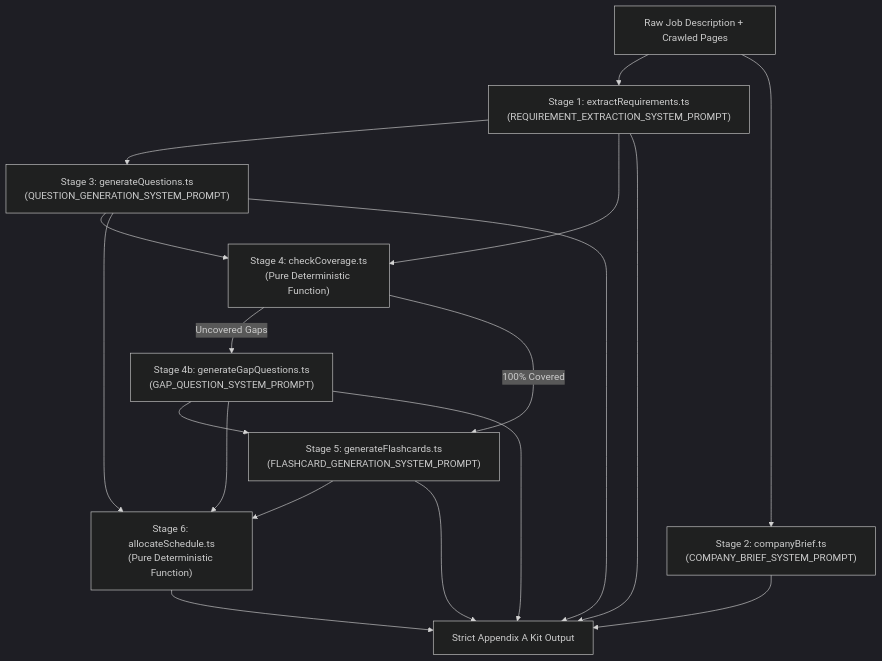
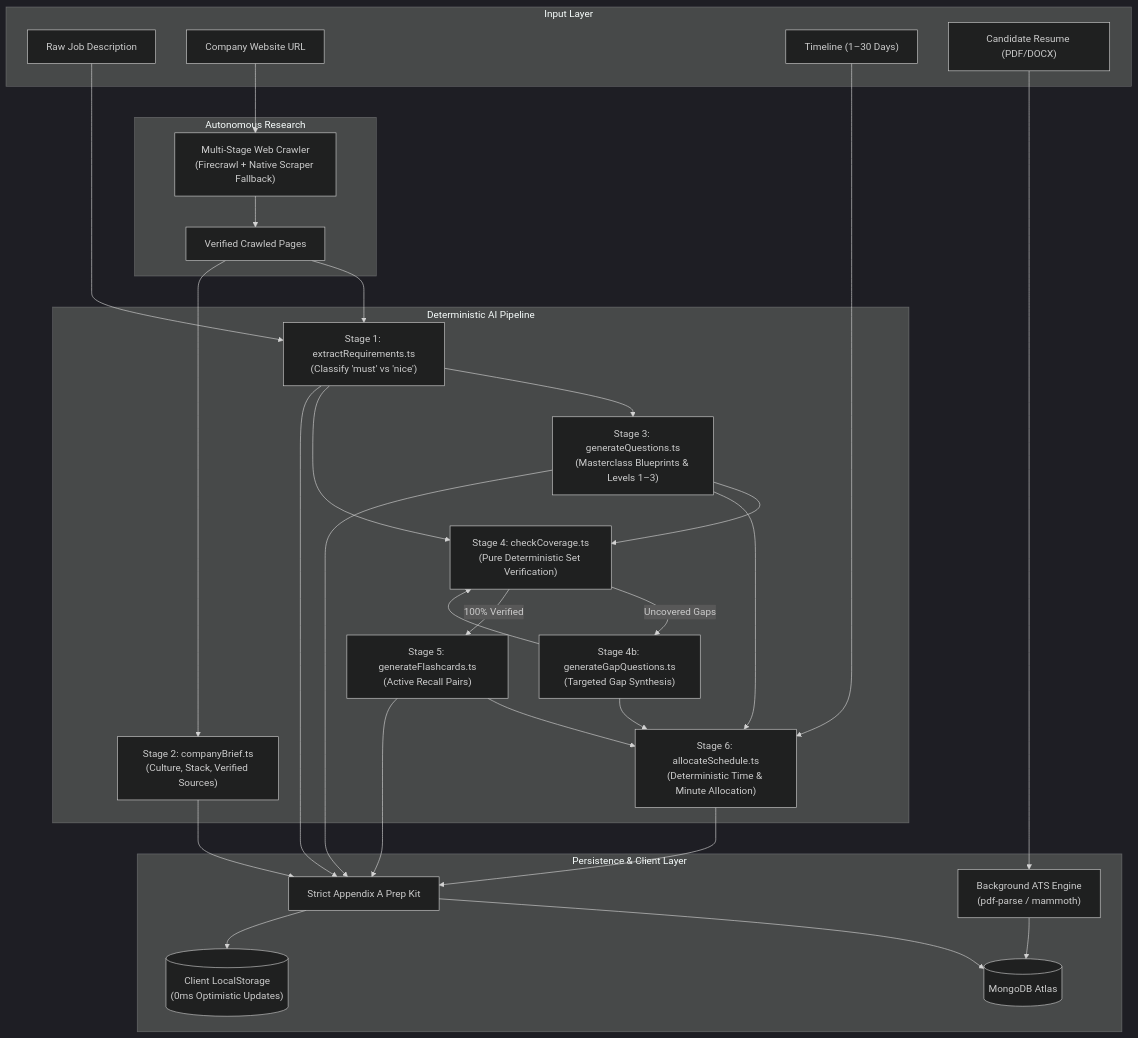
Before and after one commit to py-kalki/Pilot: the diagram in README.md, drawn with Mermaid (dark theme). The commit also changed other lines of this file, not shown here.

Commit message:
docs: add comprehensive professional SaaS README with architecture, specs, and guides

````diff
--- a/README.md
+++ b/README.md
@@ -25,12 +90,34 @@
 ```mermaid
 graph TD
-    A["Raw Job Description + Crawled Pages"] --> B["Stage 1: extractRequirements.ts<br/>(REQUIREMENT_EXTRACTION_SYSTEM_PROMPT)"]
-    A --> C["Stage 2: companyBrief.ts<br/>(COMPANY_BRIEF_SYSTEM_PROMPT)"]
-    B --> D["Stage 3: generateQuestions.ts<br/>(QUESTION_GENERATION_SYSTEM_PROMPT)"]
-    B & D --> E["Stage 4: checkCoverage.ts<br/>(Pure Deterministic Function)"]
-    E -- "Uncovered Gaps" --> F["Stage 4b: generateGapQuestions.ts<br/>(GAP_QUESTION_SYSTEM_PROMPT)"]
-    E -- "100% Covered" --> G["Stage 5: generateFlashcards.ts<br/>(FLASHCARD_GENERATION_SYSTEM_PROMPT)"]
-    F --> G
-    D & F & G --> H["Stage 6: allocateSchedule.ts<br/>(Pure Deterministic Function)"]
-    B & C & D & F & G & H --> I["Strict Appendix A Kit Output"]
+    subgraph "Input Layer"
+        JD["Raw Job Description"]
+        URL["Company Website URL"]
+        DAYS["Timeline (1–30 Days)"]
+        RESUME["Candidate Resume (PDF/DOCX)"]
+    end
+
+    subgraph "Autonomous Research"
+        CRAWL["Multi-Stage Web Crawler<br/>(Firecrawl + Native Scraper Fallback)"]
+        URL --> CRAWL
+        CRAWL --> PAGES["Verified Crawled Pages"]
+    end
+
+    subgraph "Deterministic AI Pipeline"
+        JD & PAGES --> S1["Stage 1: extractRequirements.ts<br/>(Classify 'must' vs 'nice')"]
+        PAGES --> S2["Stage 2: companyBrief.ts<br/>(Culture, Stack, Verified Sources)"]
+        S1 --> S3["Stage 3: generateQuestions.ts<br/>(Masterclass Blueprints & Levels 1–3)"]
+        S1 & S3 --> S4["Stage 4: checkCoverage.ts<br/>(Pure Deterministic Set Verification)"]
+        S4 -- "Uncovered Gaps" --> S4b["Stage 4b: generateGapQuestions.ts<br/>(Targeted Gap Synthesis)"]
+        S4b --> S4
+        S4 -- "100% Verified" --> S5["Stage 5: generateFlashcards.ts<br/>(Active Recall Pairs)"]
+        S3 & S4b & S5 & DAYS --> S6["Stage 6: allocateSchedule.ts<br/>(Deterministic Time & Minute Allocation)"]
+    end
+
+    subgraph "Persistence & Client Layer"
+        S1 & S2 & S3 & S5 & S6 --> JSON["Strict Appendix A Prep Kit"]
+        JSON --> MONGO[("MongoDB Atlas")]
+        JSON --> LOCAL[("Client LocalStorage<br/>(0ms Optimistic Updates)")]
+        RESUME --> ATS["Background ATS Engine<br/>(pdf-parse / mammoth)"]
+        ATS --> MONGO
+    end
 ```
````
